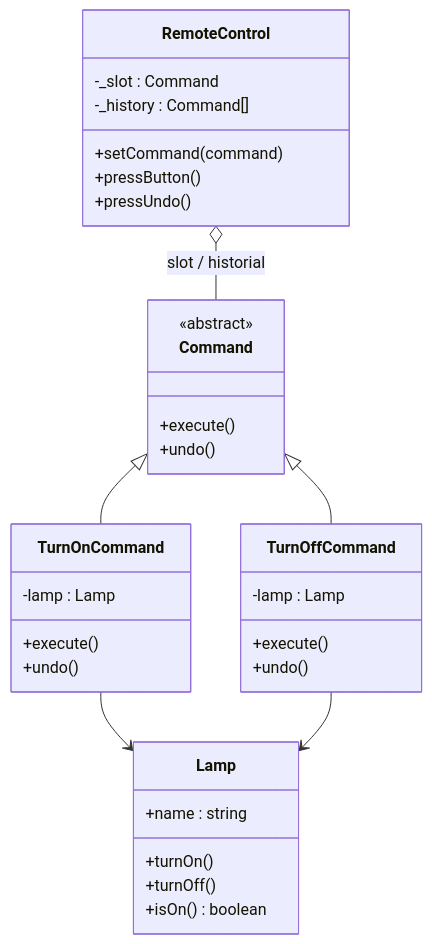
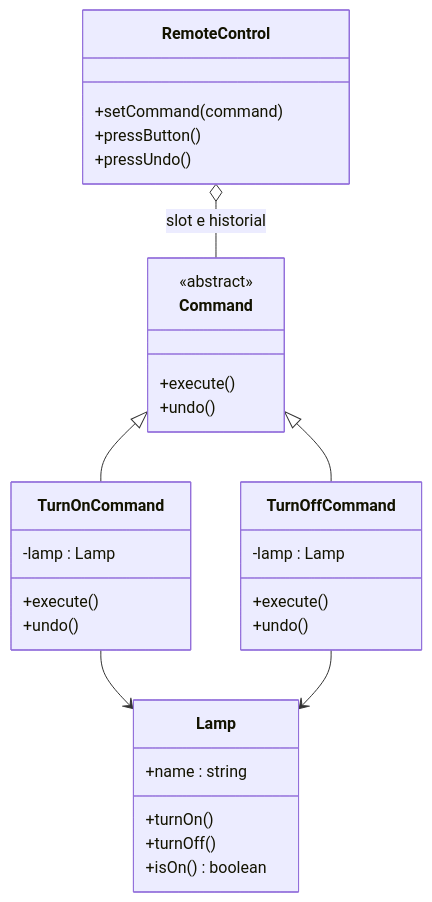
One commit to Javier-Gondres/Patrones changed the third of 23 diagrams in README.md. Above: the diagram before and after it, drawn with Mermaid. The commit also changed other lines of this file, not shown here.

````diff
--- a/README.md
+++ b/README.md
@@ -56,37 +84,35 @@
 ```mermaid
 classDiagram
   class Command {
     <<abstract>>
     +execute()
     +undo()
   }
   class TurnOnCommand {
     -lamp : Lamp
     +execute()
     +undo()
   }
   class TurnOffCommand {
     -lamp : Lamp
     +execute()
     +undo()
   }
   class RemoteControl {
-    -_slot : Command
-    -_history : Command[]
     +setCommand(command)
     +pressButton()
     +pressUndo()
   }
   class Lamp {
     +name : string
     +turnOn()
     +turnOff()
     +isOn() boolean
   }
 
   Command <|-- TurnOnCommand
   Command <|-- TurnOffCommand
   TurnOnCommand --> Lamp
   TurnOffCommand --> Lamp
-  RemoteControl o-- Command : slot / historial
+  RemoteControl o-- Command : slot e historial
 ```
````
